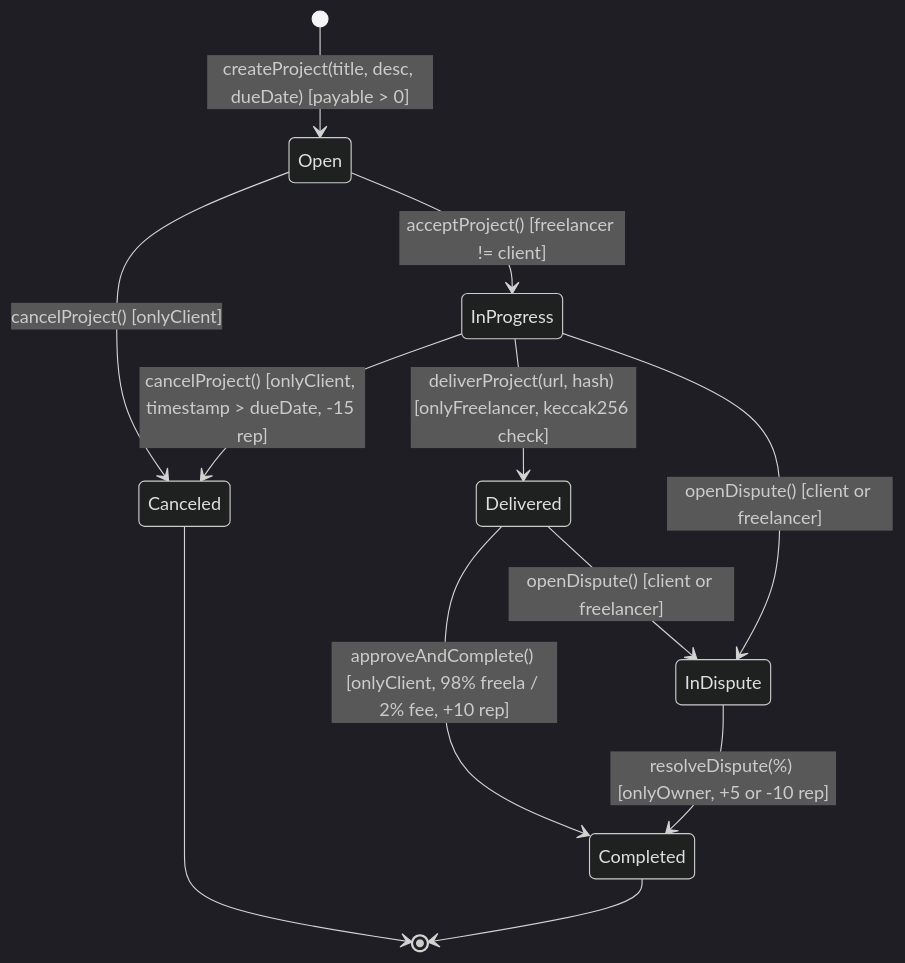
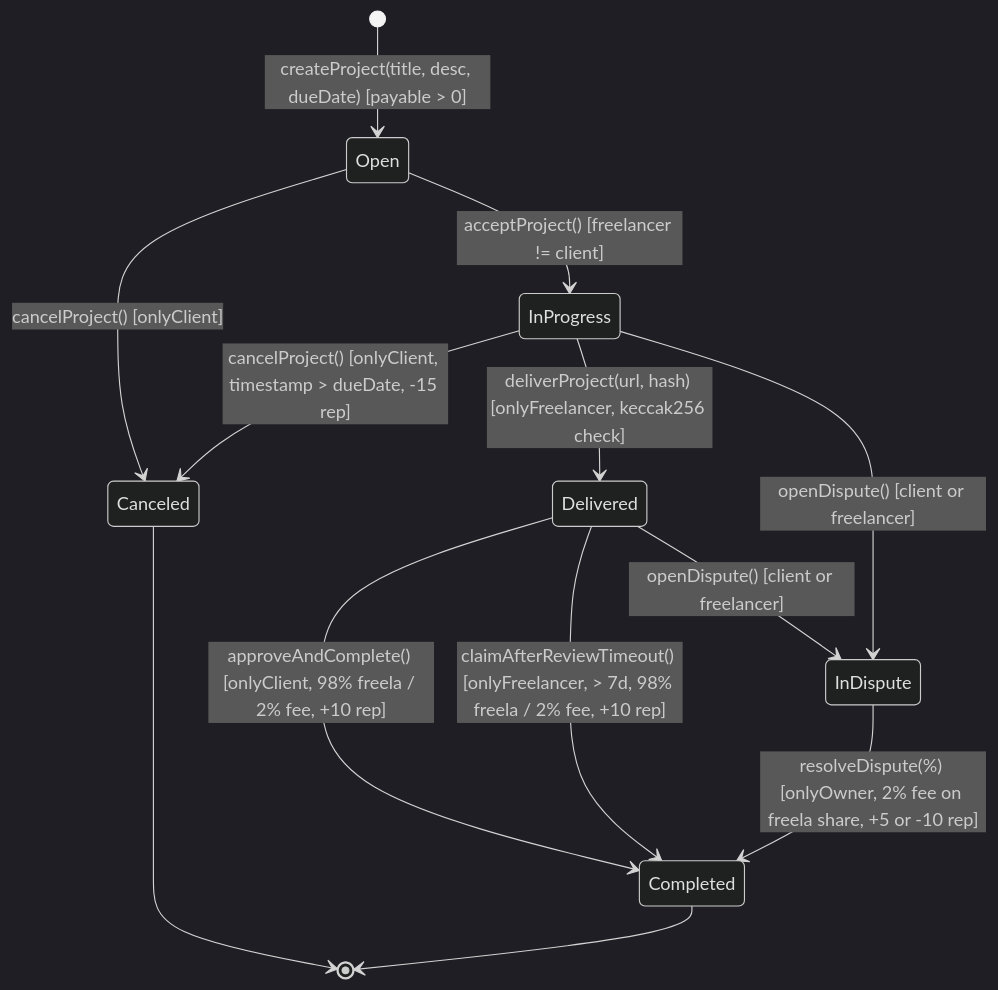
One commit to JlCastr0/smart-freela changed the diagram in README.md. Above: the diagram before and after it, drawn with Mermaid (dark theme). The commit also changed other lines of this file and 9 other files, not shown here.

````diff
--- a/README.md
+++ b/README.md
@@ -22,14 +22,15 @@
 ```mermaid
 stateDiagram-v2
     [*] --> Open: createProject(title, desc, dueDate) [payable > 0]
     Open --> Canceled: cancelProject() [onlyClient]
     Open --> InProgress: acceptProject() [freelancer != client]
     InProgress --> Canceled: cancelProject() [onlyClient, timestamp > dueDate, -15 rep]
     InProgress --> Delivered: deliverProject(url, hash) [onlyFreelancer, keccak256 check]
     Delivered --> Completed: approveAndComplete() [onlyClient, 98% freela / 2% fee, +10 rep]
+    Delivered --> Completed: claimAfterReviewTimeout() [onlyFreelancer, > 7d, 98% freela / 2% fee, +10 rep]
     InProgress --> InDispute: openDispute() [client or freelancer]
     Delivered --> InDispute: openDispute() [client or freelancer]
-    InDispute --> Completed: resolveDispute(%) [onlyOwner, +5 or -10 rep]
+    InDispute --> Completed: resolveDispute(%) [onlyOwner, 2% fee on freela share, +5 or -10 rep]
     Canceled --> [*]
     Completed --> [*]
 ```
````
